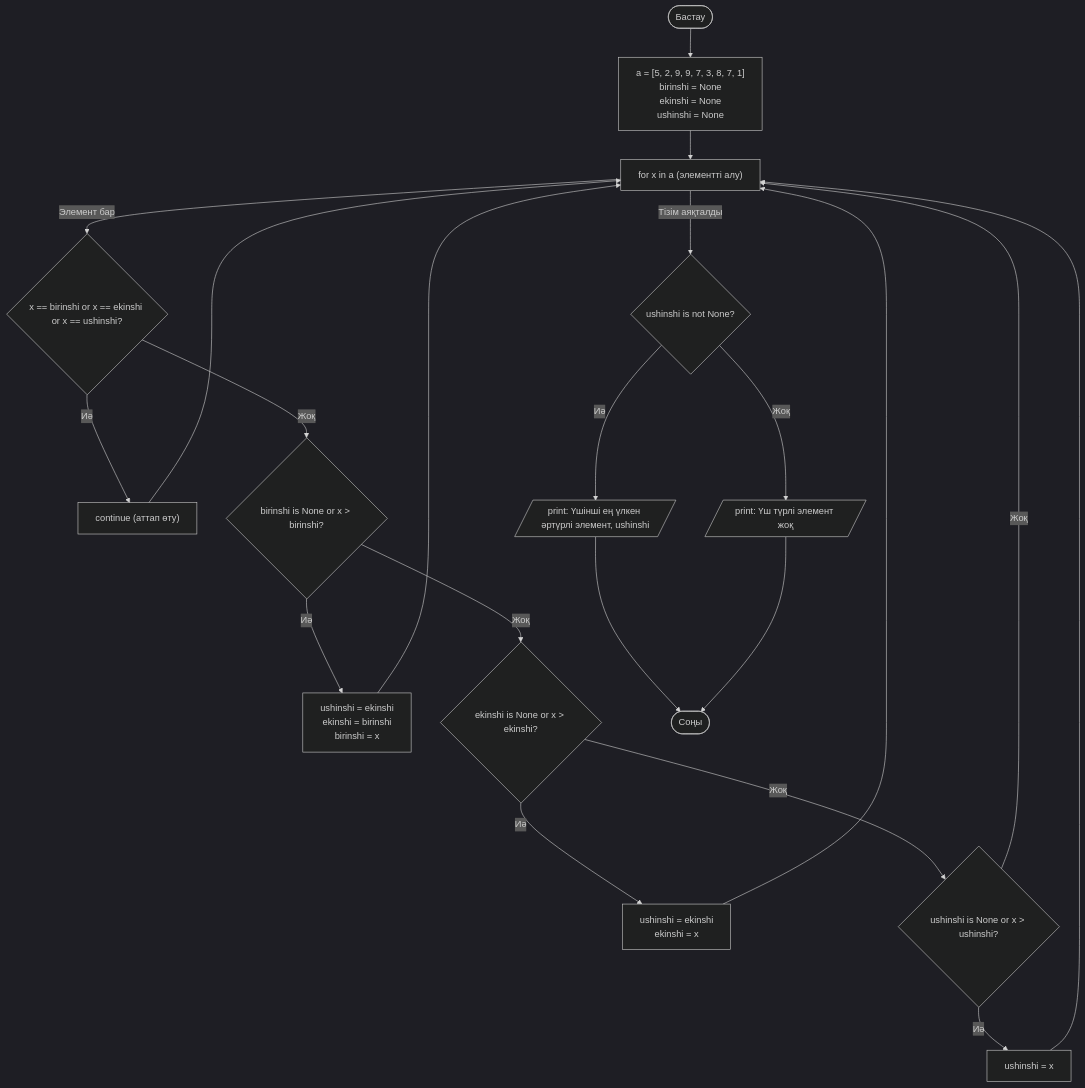
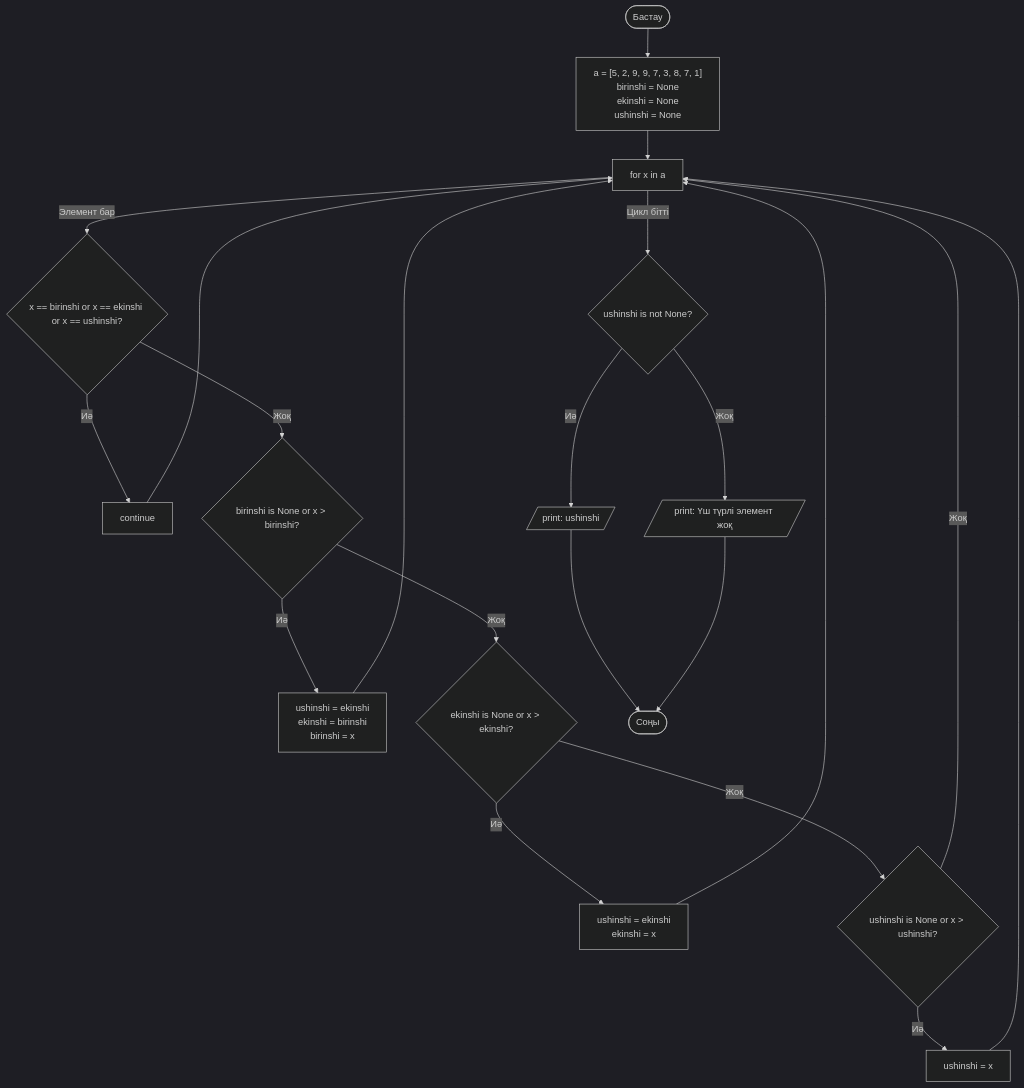
The first of 3 diagrams in README.md (aanakuanys/blok-schema), drawn with Mermaid (dark theme) before and after one commit. The commit also changed other lines of this file, not shown here.

Commit message:
Refactor mermaid diagrams in README.md

````diff
--- a/README.md
+++ b/README.md
@@ -1,28 +1,28 @@
 ```mermaid
 graph TD
     Start([Бастау]) --> Init["a = [5, 2, 9, 9, 7, 3, 8, 7, 1] <br/> birinshi = None <br/> ekinshi = None <br/> ushinshi = None"]
     
-    Init --> Loop["for x in a (элементті алу)"]
+    Init --> Loop["for x in a"]
     
     Loop -- "Элемент бар" --> CheckDup{"x == birinshi or x == ekinshi or x == ushinshi?"}
     
-    CheckDup -- "Иә" --> Continue["continue (аттап өту)"] --> Loop
+    CheckDup -- "Иә" --> Continue["continue"] --> Loop
     CheckDup -- "Жоқ" --> Check1{"birinshi is None or x > birinshi?"}
     
     Check1 -- "Иә" --> Up1["ushinshi = ekinshi <br/> ekinshi = birinshi <br/> birinshi = x"] --> Loop
     Check1 -- "Жоқ" --> Check2{"ekinshi is None or x > ekinshi?"}
     
     Check2 -- "Иә" --> Up2["ushinshi = ekinshi <br/> ekinshi = x"] --> Loop
     Check2 -- "Жоқ" --> Check3{"ushinshi is None or x > ushinshi?"}
     
     Check3 -- "Иә" --> Up3["ushinshi = x"] --> Loop
     Check3 -- "Жоқ" --> Loop
     
-    Loop -- "Тізім аяқталды" --> CheckFinal{"ushinshi is not None?"}
+    Loop -- "Цикл бітті" --> CheckFinal{"ushinshi is not None?"}
     
-    CheckFinal -- "Иә" --> PrintYes[/print: Үшінші ең үлкен әртүрлі элемент, ushinshi/]
+    CheckFinal -- "Иә" --> PrintYes[/print: ushinshi/]
     CheckFinal -- "Жоқ" --> PrintNo[/print: Үш түрлі элемент жоқ/]
     
     PrintYes --> End([Соңы])
     PrintNo --> End([Соңы])
 ```
````
